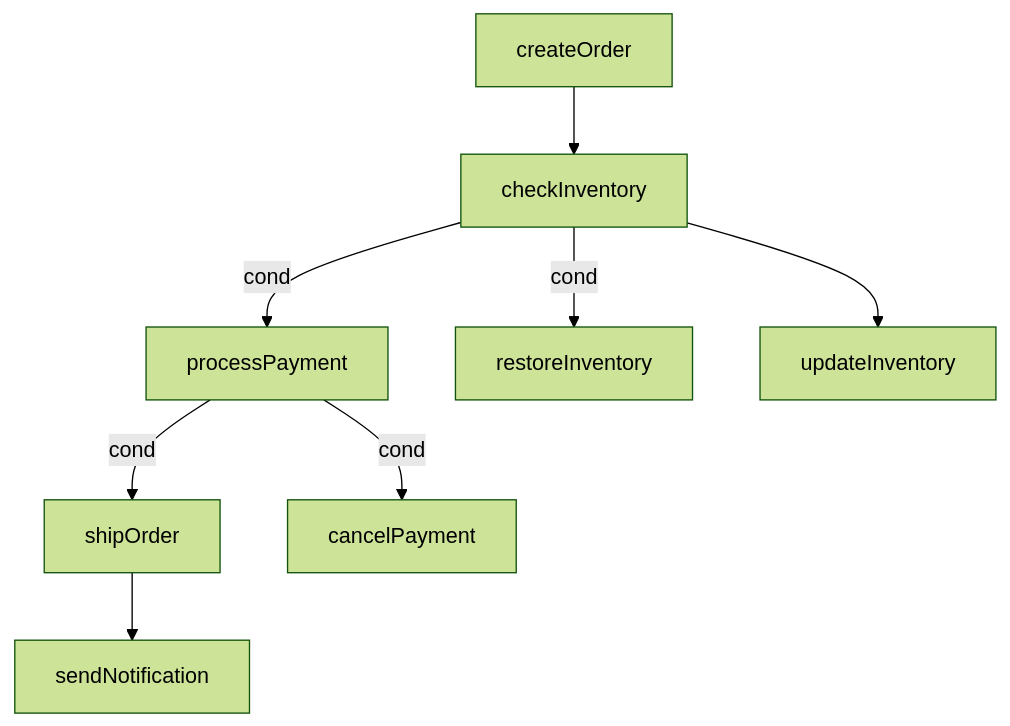
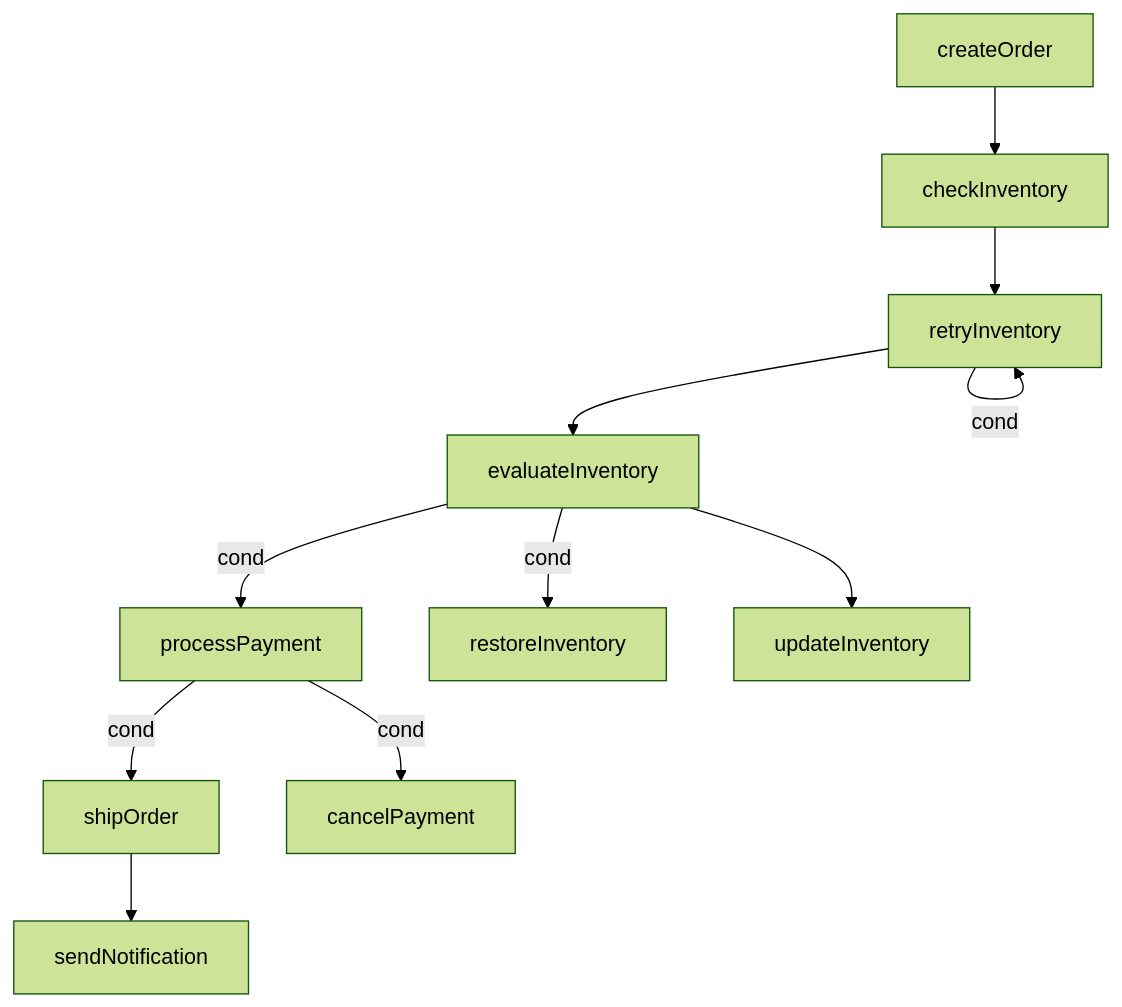
Before and after one commit to zkep/flow: the fourth of 4 diagrams in README-zh.md, drawn with Mermaid (forest theme). The commit also changed other lines of this file and 14 other files, not shown here.

````diff
--- a/README-zh.md
+++ b/README-zh.md
@@ -740,11 +775,13 @@
 ```mermaid
 graph TD
-
+    retryInventory --> |cond|retryInventory
+    retryInventory --> evaluateInventory
+    evaluateInventory --> |cond|processPayment
+    evaluateInventory --> |cond|restoreInventory
+    evaluateInventory --> updateInventory
     shipOrder --> sendNotification
-    createOrder --> checkInventory
-    checkInventory --> |cond|processPayment
-    checkInventory --> |cond|restoreInventory
-    checkInventory --> updateInventory
+    checkInventory --> retryInventory
     processPayment --> |cond|shipOrder
     processPayment --> |cond|cancelPayment
+    createOrder --> checkInventory
 ```
````
